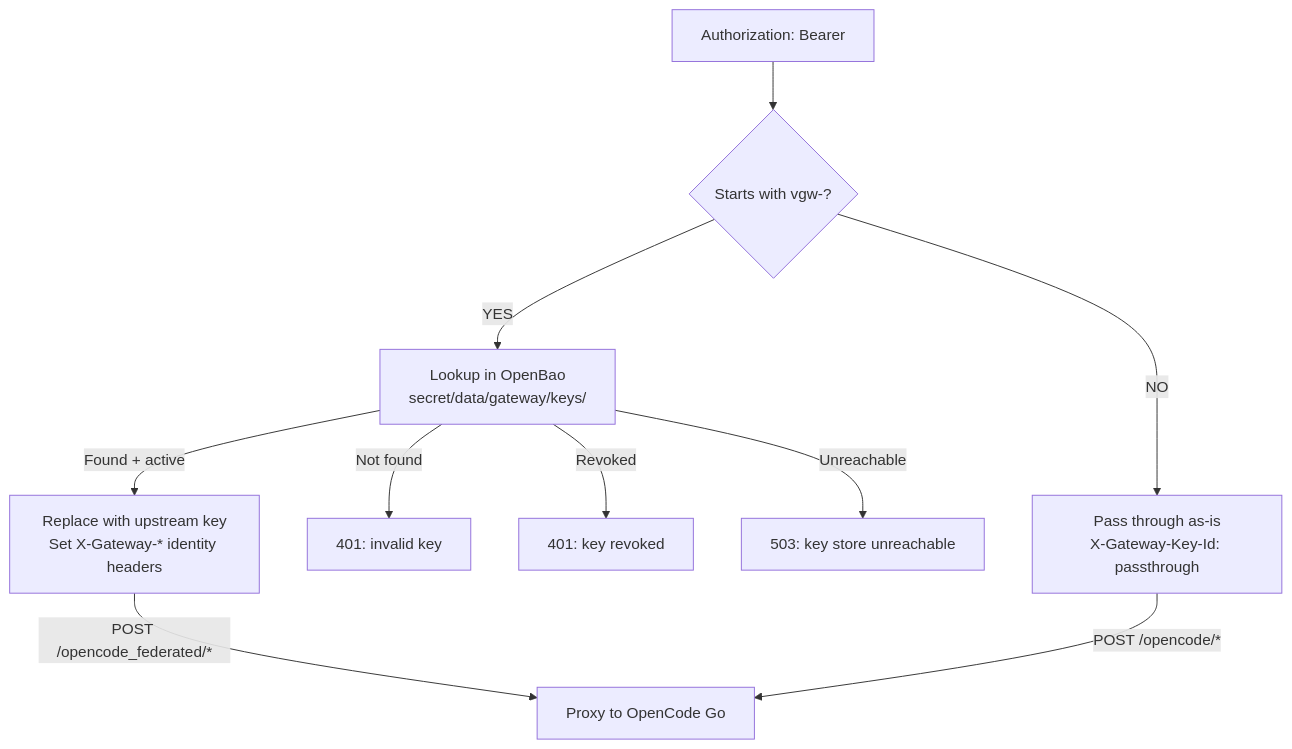
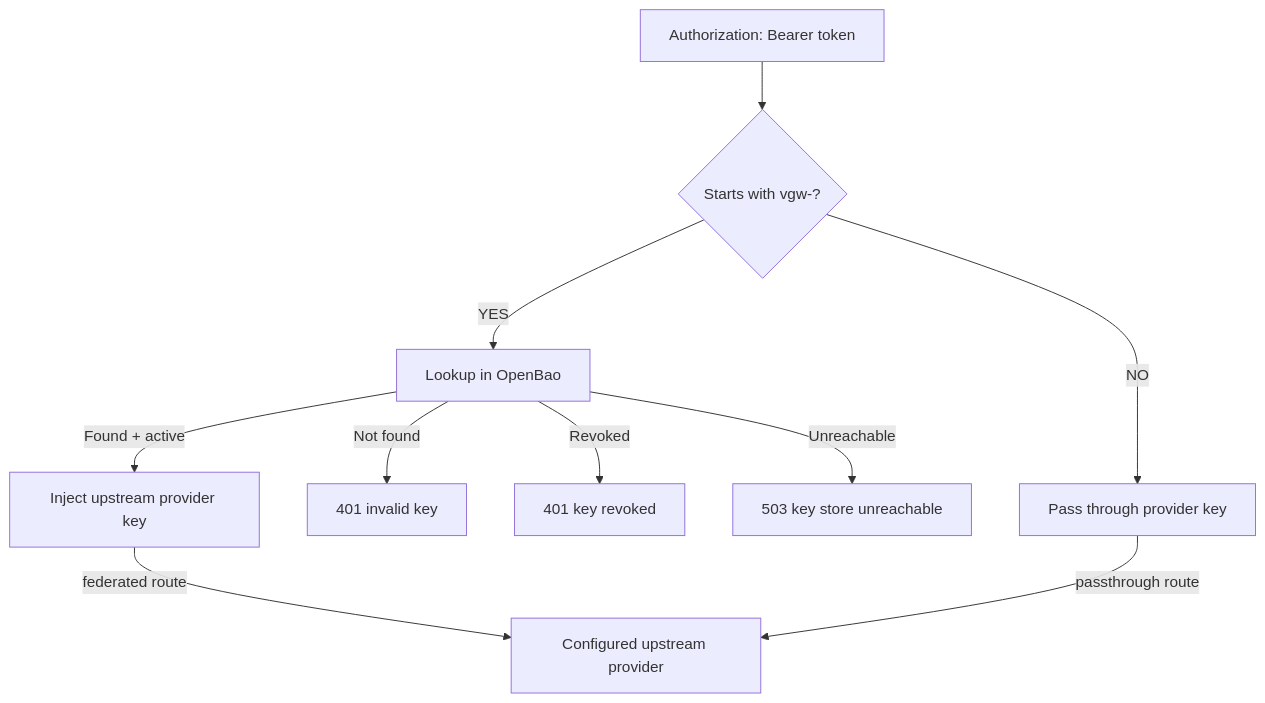
The third of 3 diagrams in README.md (Independent-AI-Labs/WORKSPACE-GATEWAY), drawn with Mermaid before and after one commit. The commit also changed other lines of this file and 3 other files, not shown here.

First line of the commit message:
docs: split architecture diagrams and add diagram workflow

````diff
--- a/README.md
+++ b/README.md
@@ -205,12 +225,12 @@
 ```mermaid
-flowchart TD
-    REQ["Authorization: Bearer <token>"] --> CHECK{"Starts with vgw-?"}
-    CHECK -->|"YES"| OPENBAO["Lookup in OpenBao<br/>secret/data/gateway/keys/<token>"]
-    OPENBAO -->|"Found + active"| INJECT["Replace with upstream key<br/>Set X-Gateway-* identity headers"]
-    OPENBAO -->|"Not found"| R401["401: invalid key"]
-    OPENBAO -->|"Revoked"| R401R["401: key revoked"]
-    OPENBAO -->|"Unreachable"| R503["503: key store unreachable"]
-    CHECK -->|"NO"| PASS["Pass through as-is<br/>X-Gateway-Key-Id: passthrough"]
-    INJECT -->|"POST /opencode_federated/*"| UPSTREAM["Proxy to OpenCode Go"]
-    PASS -->|"POST /opencode/*"| UPSTREAM
+flowchart TB
+    REQ["Authorization: Bearer token"] --> CHECK{"Starts with vgw-?"}
+    CHECK -->|"YES"| OPENBAO["Lookup in OpenBao"]
+    OPENBAO -->|"Found + active"| INJECT["Inject upstream provider key"]
+    OPENBAO -->|"Not found"| R401["401 invalid key"]
+    OPENBAO -->|"Revoked"| R401R["401 key revoked"]
+    OPENBAO -->|"Unreachable"| R503["503 key store unreachable"]
+    CHECK -->|"NO"| PASS["Pass through provider key"]
+    INJECT -->|"federated route"| UPSTREAM["Configured upstream provider"]
+    PASS -->|"passthrough route"| UPSTREAM
 ```
````
